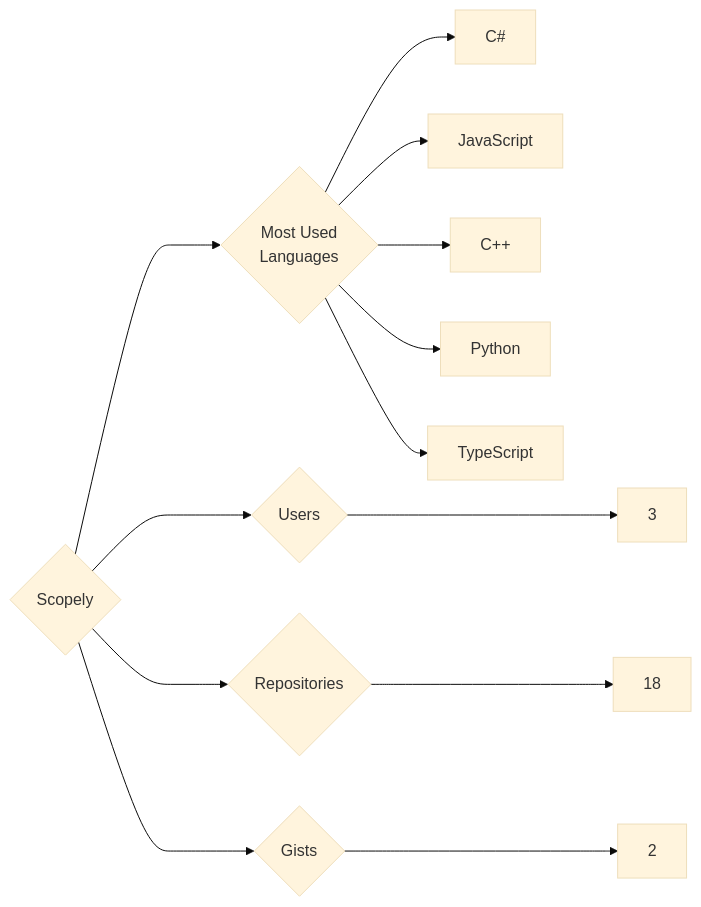
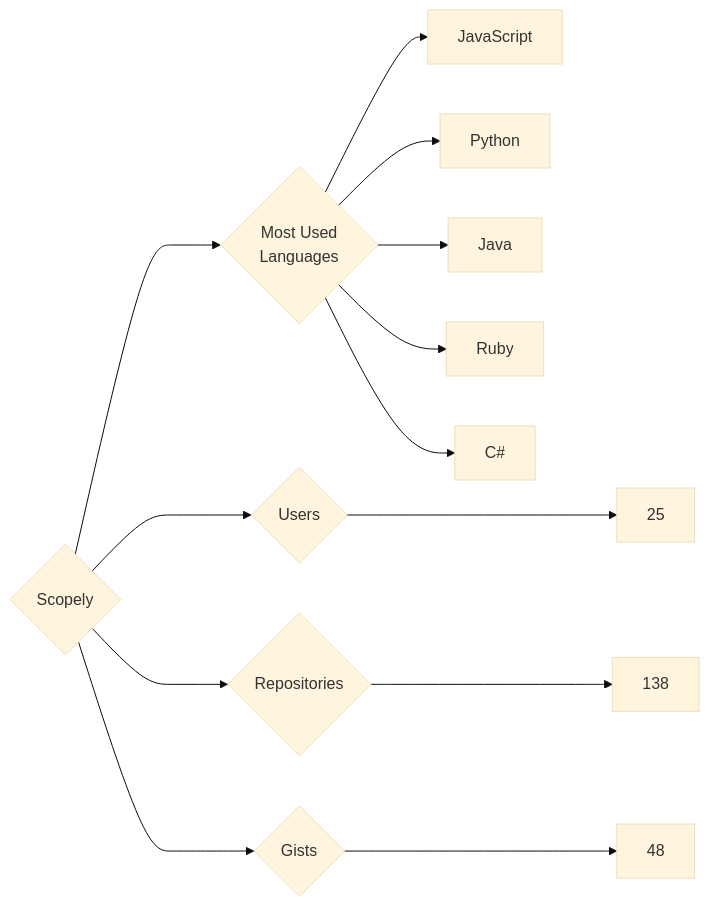
The diagram in targets/Scopely/README.md (trickest/insiders), drawn with Mermaid (base theme) before and after one commit. The commit also changed 728 other files, not shown here.

````diff
--- a/targets/Scopely/README.md
+++ b/targets/Scopely/README.md
@@ -3,13 +3,13 @@
 ```mermaid
 graph LR
 COMPANY_NAME{Scopely}
-COMPANY_NAME ---> U{Users} ---> UN[3]
-COMPANY_NAME ---> R{Repositories} ---> RN[18]
-COMPANY_NAME ---> G{Gists} ---> GN[2]
+COMPANY_NAME ---> U{Users} ---> UN[25]
+COMPANY_NAME ---> R{Repositories} ---> RN[138]
+COMPANY_NAME ---> G{Gists} ---> GN[48]
 COMPANY_NAME ---> ML{Most Used<br>Languages}
+ML --> JavaScript[JavaScript]
+ML --> Python[Python]
+ML --> Java[Java]
+ML --> Ruby[Ruby]
 ML --> C#[C#]
-ML --> JavaScript[JavaScript]
-ML --> C++[C++]
-ML --> Python[Python]
-ML --> TypeScript[TypeScript]
 ```
````
